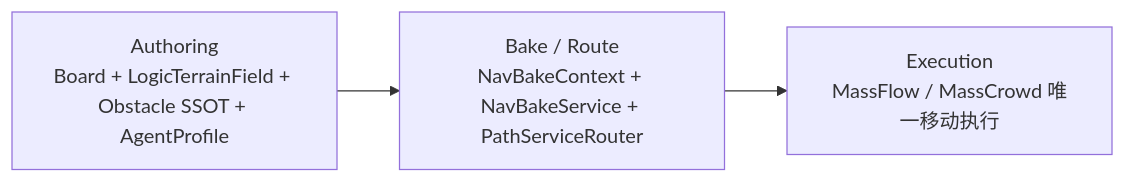
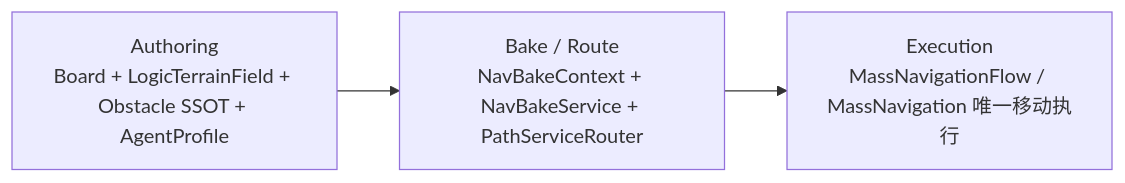
One commit to MightyBubble/Ludots changed the diagram in gitbook/reference/nav-domain-unification-epic-report.md. Above: the diagram before and after it, drawn with Mermaid. The commit also changed other lines of this file and 271 other files, not shown here.

Commit message:
Complete mass navigation remediation epic

````diff
--- a/gitbook/reference/nav-domain-unification-epic-report.md
+++ b/gitbook/reference/nav-domain-unification-epic-report.md
@@ -17,9 +17,9 @@
 ```mermaid
 flowchart LR
     Authoring["Authoring<br/>Board + LogicTerrainField + Obstacle SSOT + AgentProfile"]
     BakeRoute["Bake / Route<br/>NavBakeContext + NavBakeService + PathServiceRouter"]
-    Execution["Execution<br/>MassFlow / MassCrowd 唯一移动执行"]
+    Execution["Execution<br/>MassNavigationFlow / MassNavigation 唯一移动执行"]
 
     Authoring --> BakeRoute
     BakeRoute --> Execution
 ```
````
